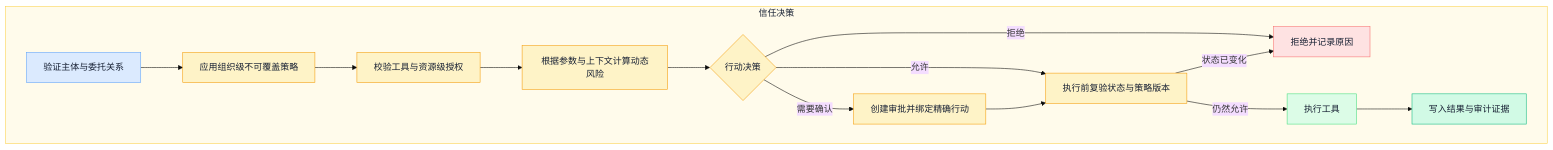
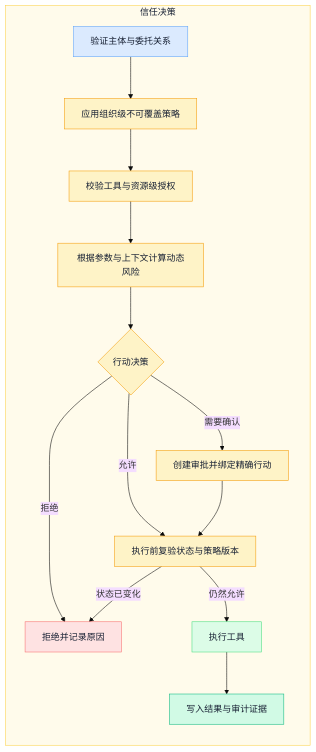
The fourth of 5 diagrams in backend/app/ai_notes/content/02-agent-architecture/01-enterprise-agent-system-architecture.md (ink-hz/AI-Agent-Platform), drawn with Mermaid (base theme) before and after one commit. The commit also changed other lines of this file and 2 other files, not shown here.

Commit message:
content: refine foundational Agent diagrams

````diff
--- a/backend/app/ai_notes/content/02-agent-architecture/01-enterprise-agent-system-architecture.md
+++ b/backend/app/ai_notes/content/02-agent-architecture/01-enterprise-agent-system-architecture.md
@@ -287,29 +297,32 @@
 ```mermaid
-flowchart TB
+flowchart LR
+    accTitle: Agent 信任决策链路
+    accDescr: 行动依次经过主体、组织策略、资源授权、动态风险、审批和执行前复验，再执行并写入审计证据。
+
     subgraph TRUST["信任决策"]
         A[验证主体与委托关系] --> B[应用组织级不可覆盖策略]
         B --> C[校验工具与资源级授权]
         C --> D[根据参数与上下文计算动态风险]
         D --> E{行动决策}
         E -->|拒绝| X[拒绝并记录原因]
         E -->|需要确认| F[创建审批并绑定精确行动]
         E -->|允许| G[执行前复验状态与策略版本]
         F --> G
         G -->|状态已变化| X
         G -->|仍然允许| H[执行工具]
         H --> I[写入结果与审计证据]
     end
 
     classDef input fill:#DBEAFE,stroke:#60A5FA,color:#172033;
     classDef data fill:#CCFBF1,stroke:#5EEAD4,color:#172033;
     classDef policy fill:#FEF3C7,stroke:#F59E0B,color:#172033;
     classDef tool fill:#DCFCE7,stroke:#4ADE80,color:#172033;
     classDef success fill:#D1FAE5,stroke:#10B981,color:#172033;
     classDef risk fill:#FEE2E2,stroke:#F87171,color:#172033;
     class A input;
     class B,C,D,E,F,G policy;
     class H tool;
     class I success;
     class X risk;
     style TRUST fill:#FFFBEB,stroke:#FCD34D,color:#172033;
 ```
````
